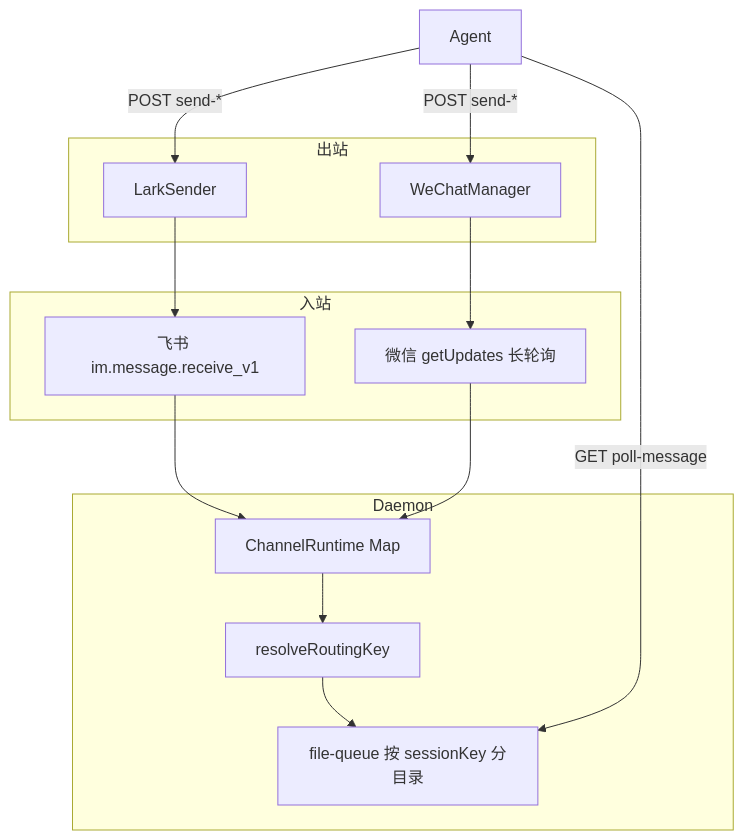
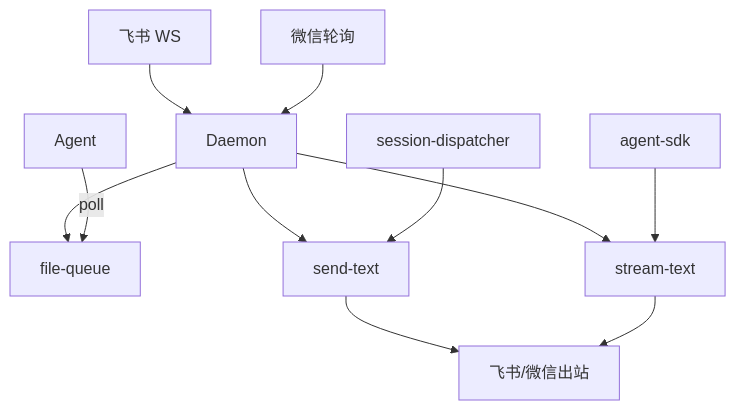
One commit to lk-eternal/cursor-claw changed the first of 3 diagrams in knowledge/业务域/消息桥接/01-概览.md. Above: the diagram before and after it, drawn with Mermaid. The commit also changed other lines of this file and 19 other files, not shown here.

````diff
--- a/knowledge/业务域/消息桥接/01-概览.md
+++ b/knowledge/业务域/消息桥接/01-概览.md
@@ -11,24 +11,13 @@
 ```mermaid
 flowchart TB
-  subgraph inbound [入站]
-    FS[飞书 im.message.receive_v1]
-    WX[微信 getUpdates 长轮询]
-  end
-  subgraph daemon [Daemon]
-    CR[ChannelRuntime Map]
-    RU[resolveRoutingKey]
-    FQ[file-queue 按 sessionKey 分目录]
-  end
-  subgraph outbound [出站]
-    LS[LarkSender]
-    WM[WeChatManager]
-  end
-  FS --> CR
-  WX --> CR
-  CR --> RU --> FQ
-  Agent -->|GET poll-message| FQ
-  Agent -->|POST send-*| LS
-  Agent -->|POST send-*| WM
-  LS --> FS
-  WM --> WX
+  FS[飞书 WS] --> D[Daemon]
+  WX[微信轮询] --> D
+  D --> FQ[file-queue]
+  D --> ST[send-text]
+  D --> STR[stream-text]
+  SD[session-dispatcher] --> ST
+  SDK[agent-sdk] --> STR
+  ST --> OUT[飞书/微信出站]
+  STR --> OUT
+  Agent -->|poll| FQ
 ```
````
